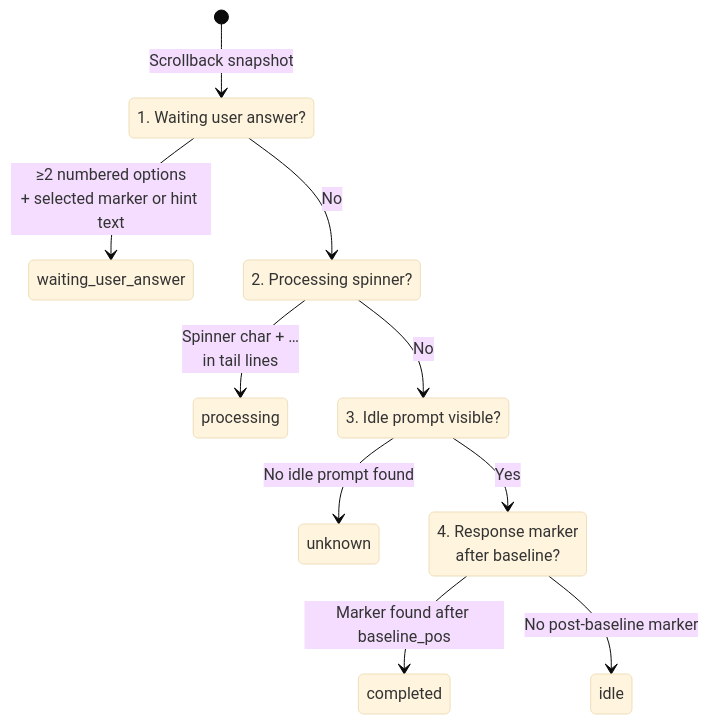
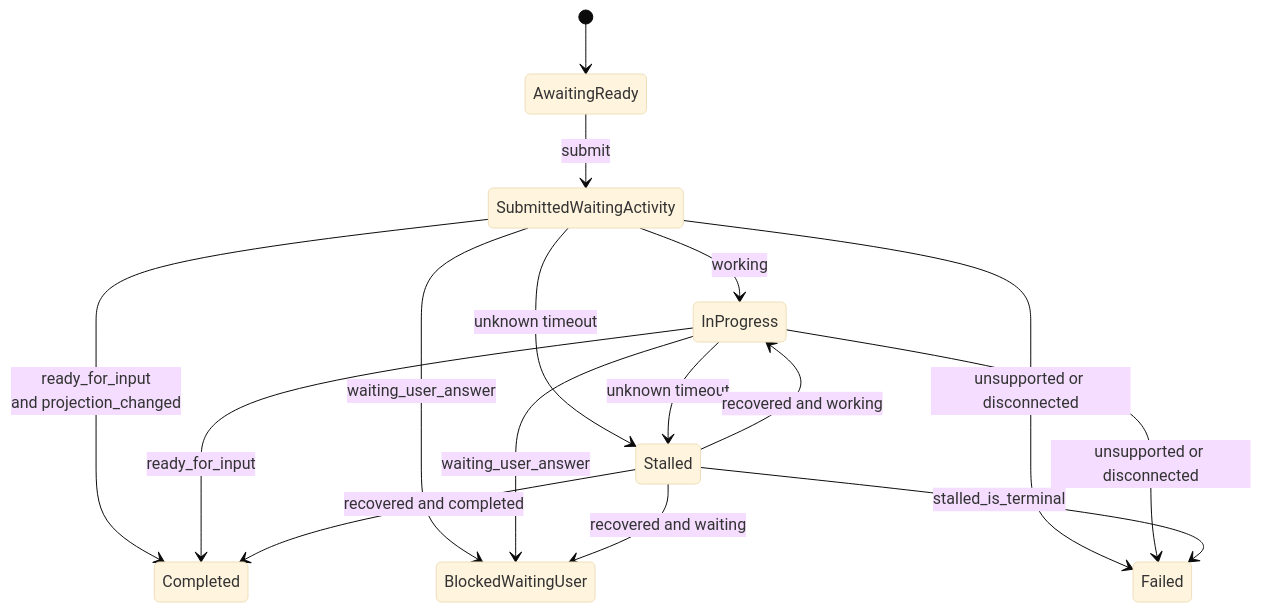
Before and after one commit to igamenovoer/houmao: the second of 2 diagrams in docs/reference/cao_claude_shadow_parsing.md, drawn with Mermaid (base theme). The commit also changed other lines of this file and 16 other files, not shown here.

````diff
--- a/docs/reference/cao_claude_shadow_parsing.md
+++ b/docs/reference/cao_claude_shadow_parsing.md
@@ -104,20 +144,18 @@
 ```mermaid
 stateDiagram-v2
-    [*] --> check_waiting: Scrollback snapshot
-
-    check_waiting: 1. Waiting user answer?
-    check_waiting --> waiting_user_answer: ≥2 numbered options<br/>+ selected marker or hint text
-
-    check_waiting --> check_spinner: No
-    check_spinner: 2. Processing spinner?
-    check_spinner --> processing: Spinner char + …<br/>in tail lines
-
-    check_spinner --> check_idle: No
-    check_idle: 3. Idle prompt visible?
-    check_idle --> unknown: No idle prompt found
-
-    check_idle --> check_marker: Yes
-    check_marker: 4. Response marker<br/>after baseline?
-    check_marker --> completed: Marker found after baseline_pos
-    check_marker --> idle: No post-baseline marker
+    [*] --> AwaitingReady
+    AwaitingReady --> SubmittedWaitingActivity: submit
+    SubmittedWaitingActivity --> InProgress: working
+    SubmittedWaitingActivity --> BlockedWaitingUser: waiting_user_answer
+    SubmittedWaitingActivity --> Completed: ready_for_input<br/>and projection_changed
+    SubmittedWaitingActivity --> Failed: unsupported or disconnected
+    SubmittedWaitingActivity --> Stalled: unknown timeout
+    InProgress --> Completed: ready_for_input
+    InProgress --> BlockedWaitingUser: waiting_user_answer
+    InProgress --> Failed: unsupported or disconnected
+    InProgress --> Stalled: unknown timeout
+    Stalled --> Completed: recovered and completed
+    Stalled --> InProgress: recovered and working
+    Stalled --> BlockedWaitingUser: recovered and waiting
+    Stalled --> Failed: stalled_is_terminal
 ```
````
